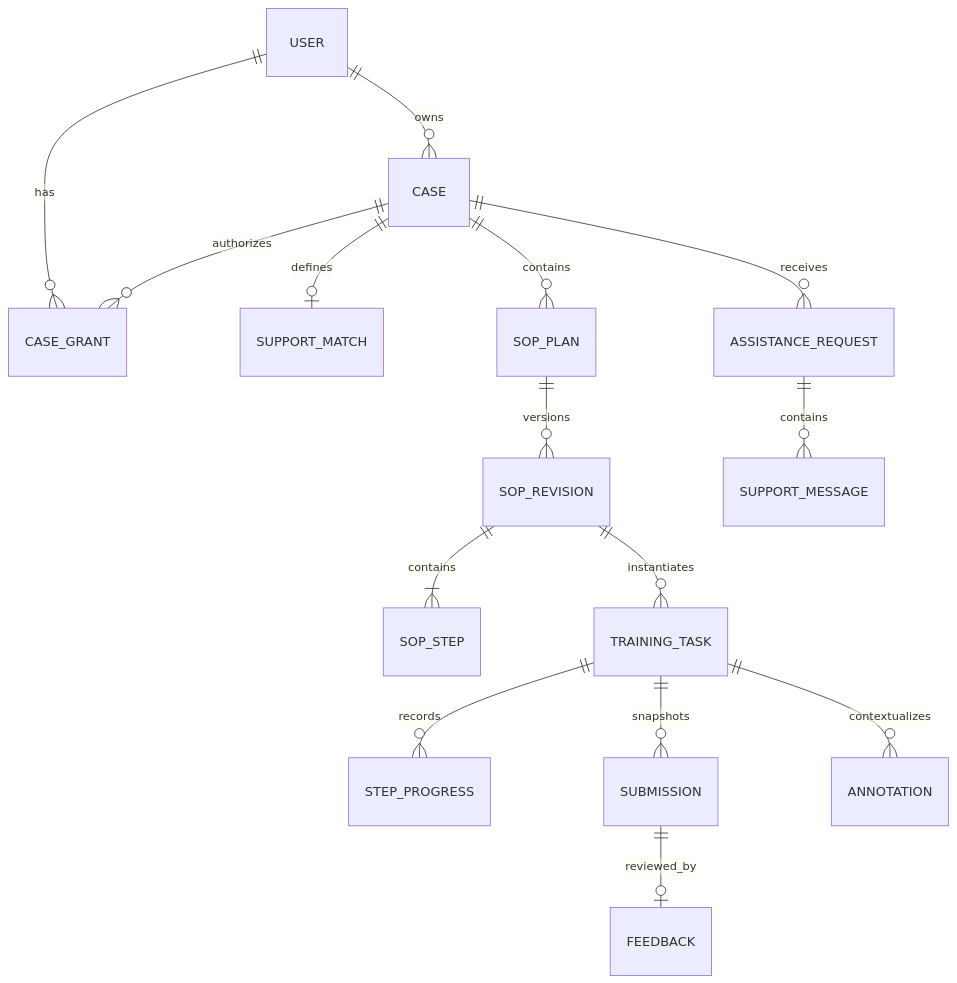
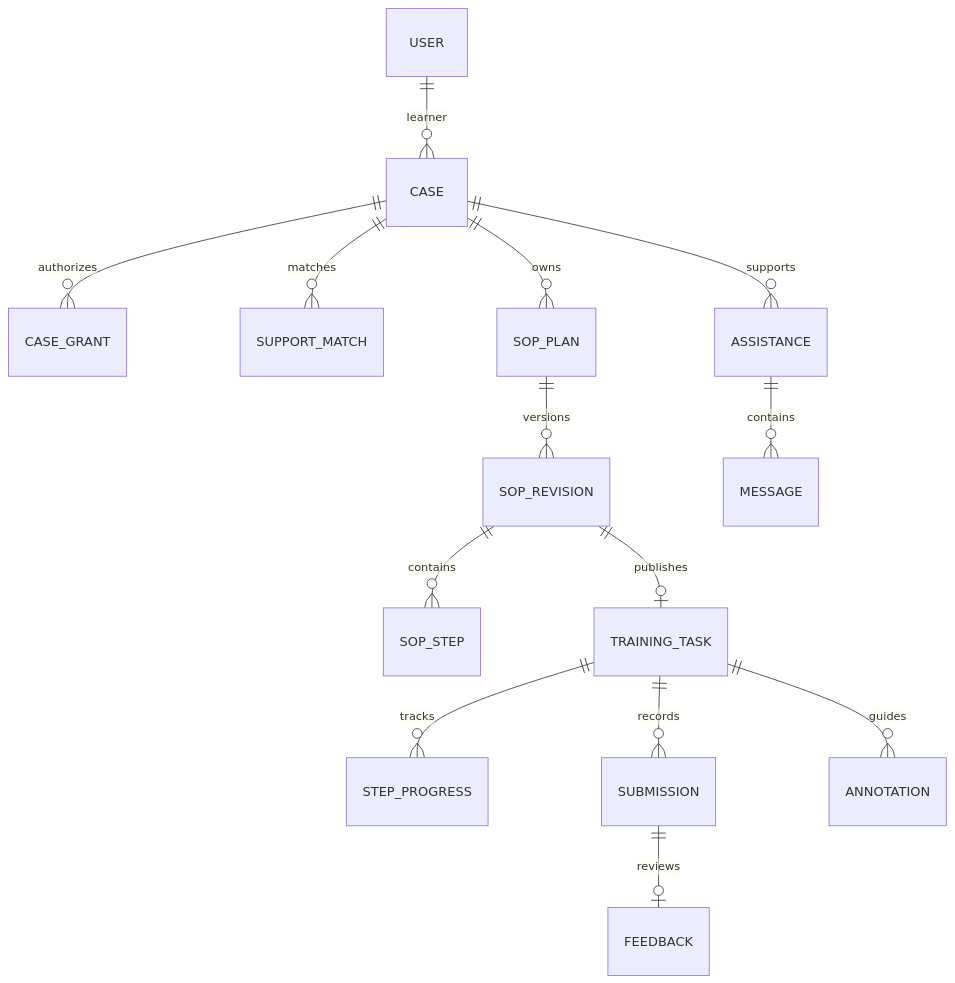
The second of 4 diagrams in docs/proposals/architecture-v0.1/architecture.md (job-lens/job-lens), drawn with Mermaid before and after one commit. The commit also changed other lines of this file, not shown here.

Commit message:
docs(architecture): remove boilerplate and consolidate system design

````diff
--- a/docs/proposals/architecture-v0.1/architecture.md
+++ b/docs/proposals/architecture-v0.1/architecture.md
@@ -200,17 +114,16 @@
 ```mermaid
 erDiagram
-  USER ||--o{ CASE_GRANT : has
-  USER ||--o{ CASE : owns
+  USER ||--o{ CASE : learner
   CASE ||--o{ CASE_GRANT : authorizes
-  CASE ||--o| SUPPORT_MATCH : defines
-  CASE ||--o{ SOP_PLAN : contains
+  CASE ||--o{ SUPPORT_MATCH : matches
+  CASE ||--o{ SOP_PLAN : owns
   SOP_PLAN ||--o{ SOP_REVISION : versions
-  SOP_REVISION ||--|{ SOP_STEP : contains
-  SOP_REVISION ||--o{ TRAINING_TASK : instantiates
-  TRAINING_TASK ||--o{ STEP_PROGRESS : records
-  TRAINING_TASK ||--o{ SUBMISSION : snapshots
-  SUBMISSION ||--o| FEEDBACK : reviewed_by
-  TRAINING_TASK ||--o{ ANNOTATION : contextualizes
-  CASE ||--o{ ASSISTANCE_REQUEST : receives
-  ASSISTANCE_REQUEST ||--o{ SUPPORT_MESSAGE : contains
+  SOP_REVISION ||--o{ SOP_STEP : contains
+  SOP_REVISION ||--o| TRAINING_TASK : publishes
+  TRAINING_TASK ||--o{ STEP_PROGRESS : tracks
+  TRAINING_TASK ||--o{ SUBMISSION : records
+  SUBMISSION ||--o| FEEDBACK : reviews
+  TRAINING_TASK ||--o{ ANNOTATION : guides
+  CASE ||--o{ ASSISTANCE : supports
+  ASSISTANCE ||--o{ MESSAGE : contains
 ```
````
